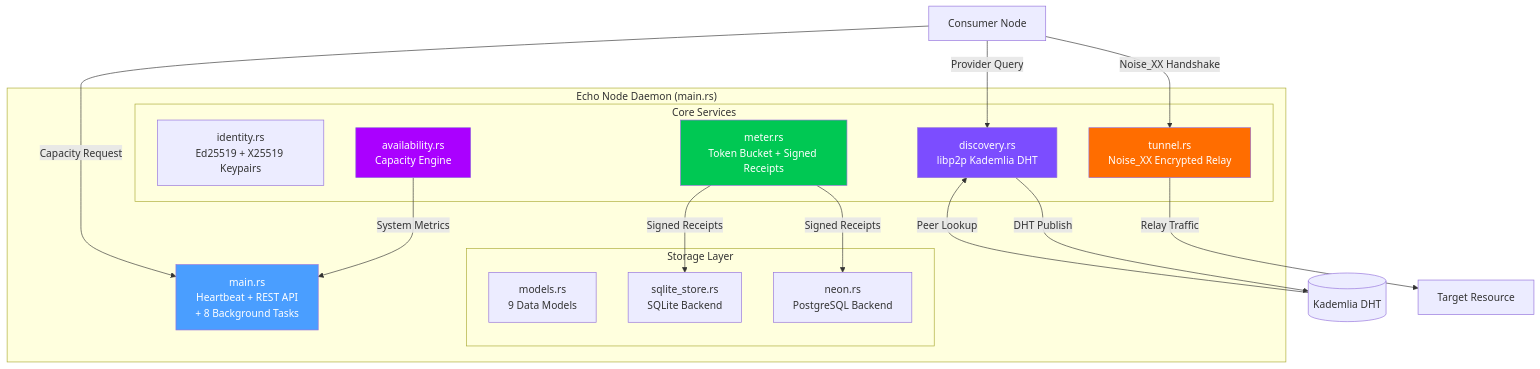
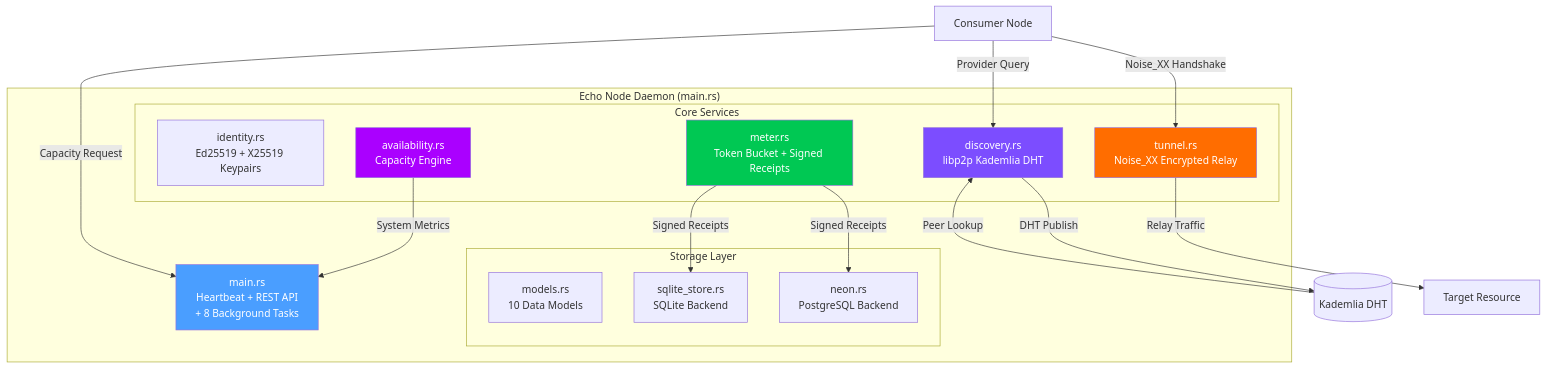
The first of 8 diagrams in README.md (Vodkashot28/echo-node), drawn with Mermaid before and after one commit. The commit also changed other lines of this file and 26 other files, not shown here.

````diff
--- a/README.md
+++ b/README.md
@@ -7,39 +7,39 @@
 ```mermaid
 graph TB
     subgraph "Echo Node Daemon (main.rs)"
         MAIN[main.rs<br/>Heartbeat + REST API<br/>+ 8 Background Tasks]
 
         subgraph "Core Services"
             ID[identity.rs<br/>Ed25519 + X25519 Keypairs]
             AVAIL[availability.rs<br/>Capacity Engine]
             METER[meter.rs<br/>Token Bucket + Signed Receipts]
             DISC[discovery.rs<br/>libp2p Kademlia DHT]
             TUN[tunnel.rs<br/>Noise_XX Encrypted Relay]
         end
 
         subgraph "Storage Layer"
-            MODELS[models.rs<br/>9 Data Models]
+            MODELS[models.rs<br/>10 Data Models]
             NEON[neon.rs<br/>PostgreSQL Backend]
             SQLITE[sqlite_store.rs<br/>SQLite Backend]
         end
     end
 
     CONSUMER[Consumer Node] -->|Noise_XX Handshake| TUN
     CONSUMER -->|Provider Query| DISC
     CONSUMER -->|Capacity Request| MAIN
 
     DISC -->|DHT Publish| DHT[(Kademlia DHT)]
     DHT -->|Peer Lookup| DISC
 
     TUN -->|Relay Traffic| TARGET[Target Resource]
 
     METER -->|Signed Receipts| NEON
     METER -->|Signed Receipts| SQLITE
     AVAIL -->|System Metrics| MAIN
 
     style MAIN fill:#4a9eff,color:#fff
     style DISC fill:#7c4dff,color:#fff
     style TUN fill:#ff6d00,color:#fff
     style METER fill:#00c853,color:#fff
     style AVAIL fill:#aa00ff,color:#fff
 ```
````
